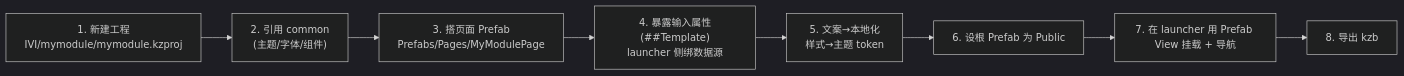
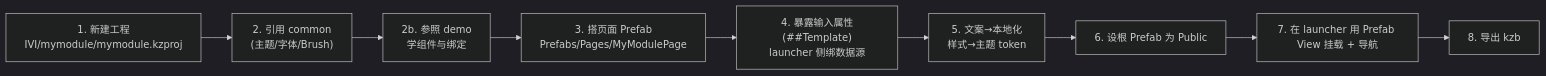
Before and after one commit to ganlong-2016/kanzi_project: the diagram in docs/add-new-module.md, drawn with Mermaid (dark theme). The commit also changed other lines of this file and 12 other files, not shown here.

First line of the commit message:
refactor: move UI components from common to demo

````diff
--- a/docs/add-new-module.md
+++ b/docs/add-new-module.md
@@ -9,10 +9,11 @@
 ```mermaid
 flowchart LR
-    A["1. 新建工程<br/>IVI/mymodule/mymodule.kzproj"] --> B["2. 引用 common<br/>(主题/字体/组件)"]
-    B --> C["3. 搭页面 Prefab<br/>Prefabs/Pages/MyModulePage"]
+    A["1. 新建工程<br/>IVI/mymodule/mymodule.kzproj"] --> B["2. 引用 common<br/>(主题/字体/Brush)"]
+    B --> B2["2b. 参照 demo<br/>学组件与绑定"]
+    B2 --> C["3. 搭页面 Prefab<br/>Prefabs/Pages/MyModulePage"]
     C --> D["4. 暴露输入属性(##Template)<br/>launcher 侧绑数据源"]
     D --> E["5. 文案→本地化<br/>样式→主题 token"]
     E --> F["6. 设根 Prefab 为 Public"]
     F --> G["7. 在 launcher 用 Prefab View 挂载 + 导航"]
     G --> H["8. 导出 kzb"]
 ```
````
